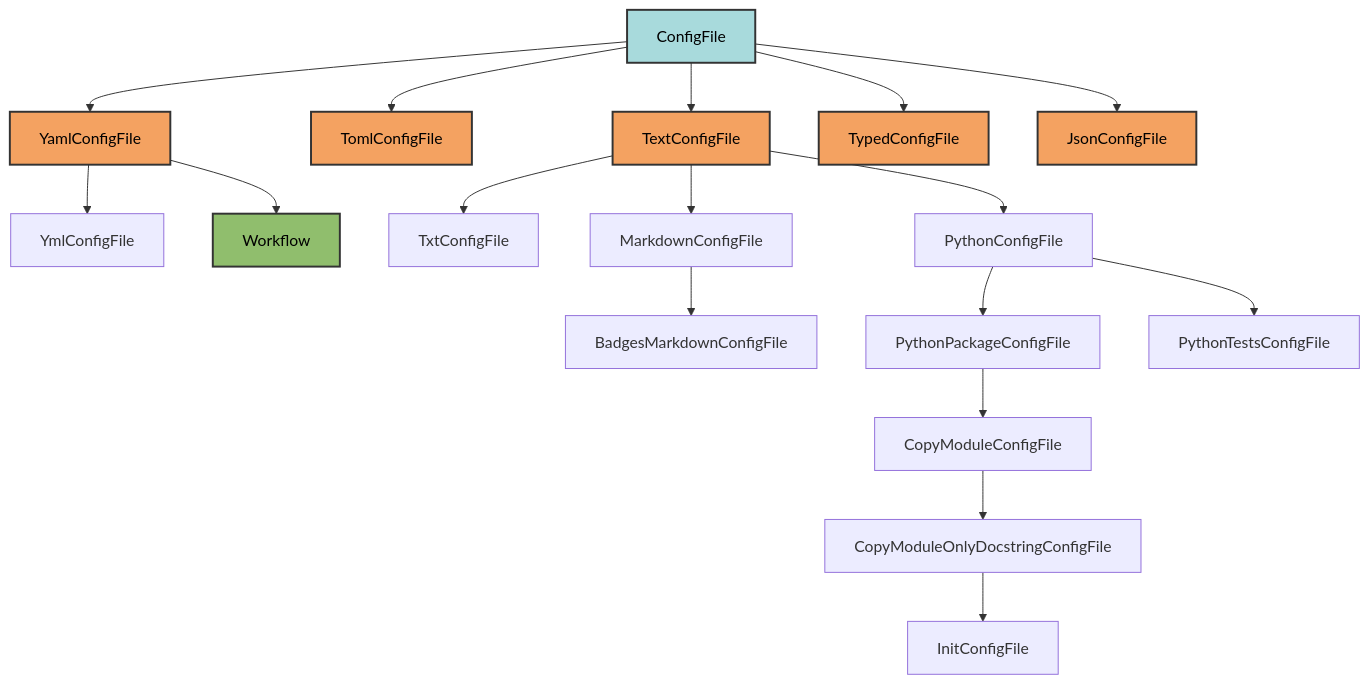
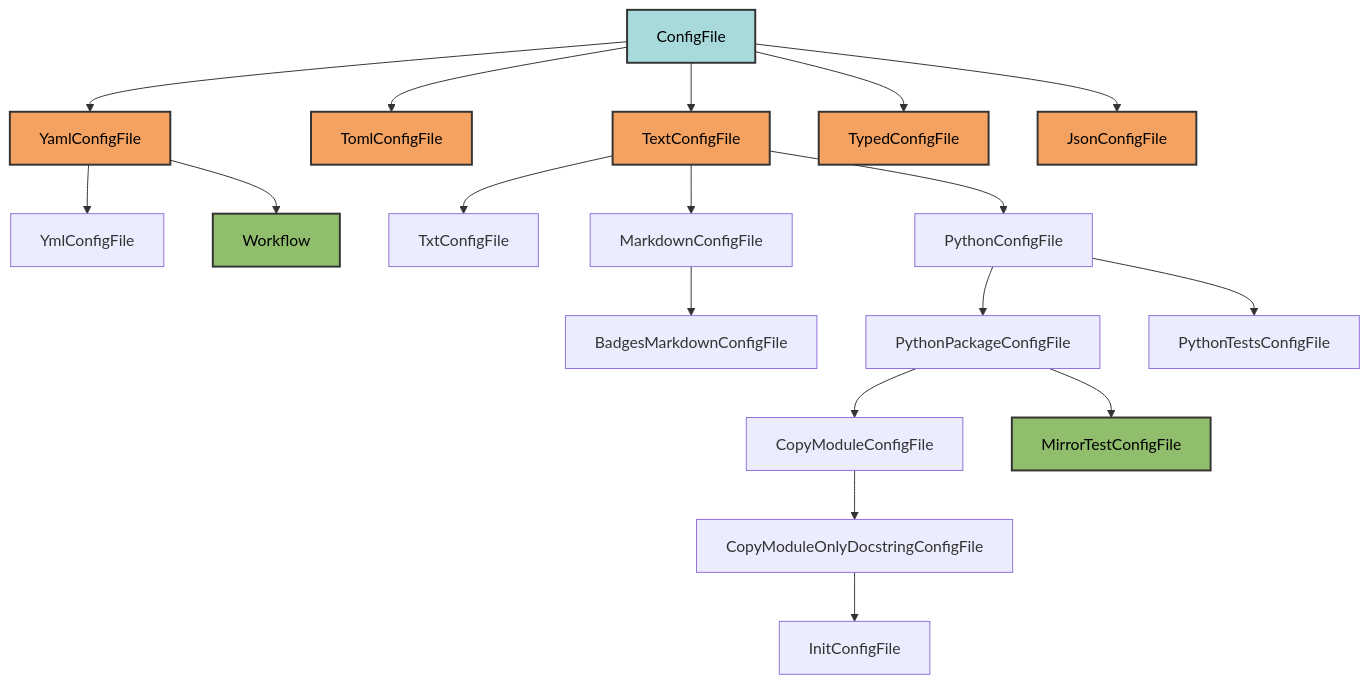
The first of 3 diagrams in docs/configs/architecture.md (Winipedia/pyrig), drawn with Mermaid before and after one commit. The commit also changed other lines of this file and 14 other files, not shown here.

````diff
--- a/docs/configs/architecture.md
+++ b/docs/configs/architecture.md
@@ -18,32 +18,34 @@
 ```mermaid
 graph TD
     A[ConfigFile] --> B[YamlConfigFile]
     A --> C[TomlConfigFile]
     A --> D[TextConfigFile]
     A --> E[TypedConfigFile]
     A --> F[JsonConfigFile]
 
     B --> B1[YmlConfigFile]
     B --> B2[Workflow]
 
     D --> D1[TxtConfigFile]
     D --> D2[MarkdownConfigFile]
     D --> D3[PythonConfigFile]
 
     D2 --> D2A[BadgesMarkdownConfigFile]
 
     D3 --> D3A[PythonPackageConfigFile]
     D3 --> D3B[PythonTestsConfigFile]
 
     D3A --> D3A1[CopyModuleConfigFile]
+    D3A --> D3A2[MirrorTestConfigFile]
     D3A1 --> D3A1A[CopyModuleOnlyDocstringConfigFile]
     D3A1A --> D3A1A1[InitConfigFile]
 
     style A fill:#a8dadc,stroke:#333,stroke-width:2px,color:#000
     style B fill:#f4a261,stroke:#333,stroke-width:2px,color:#000
     style C fill:#f4a261,stroke:#333,stroke-width:2px,color:#000
     style D fill:#f4a261,stroke:#333,stroke-width:2px,color:#000
     style E fill:#f4a261,stroke:#333,stroke-width:2px,color:#000
     style F fill:#f4a261,stroke:#333,stroke-width:2px,color:#000
     style B2 fill:#90be6d,stroke:#333,stroke-width:2px,color:#000
+    style D3A2 fill:#90be6d,stroke:#333,stroke-width:2px,color:#000
 ```
````
